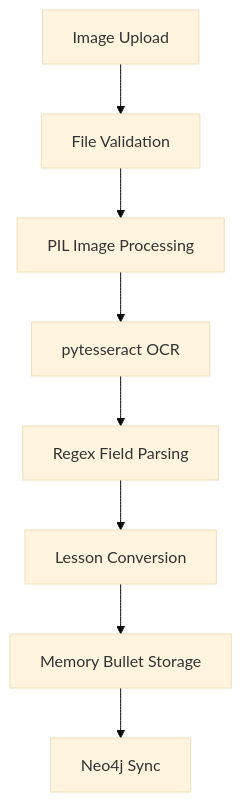
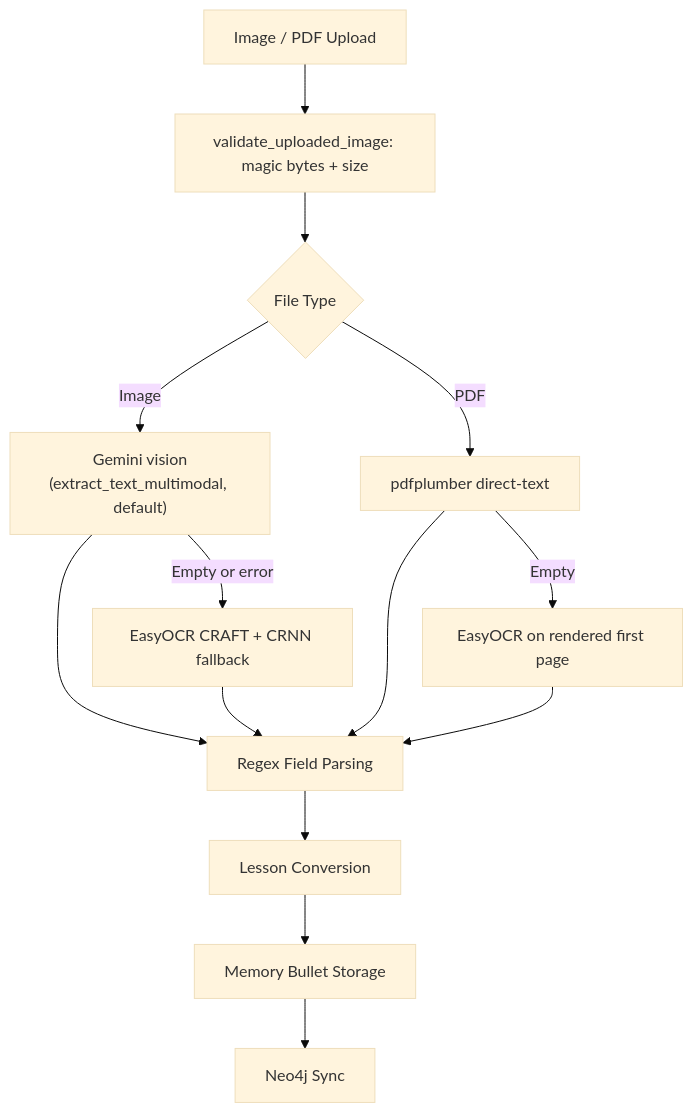
Before and after one commit to Edward-H26/MIRA: the third of 3 diagrams in README_AI.md, drawn with Mermaid (base theme). The commit also changed other lines of this file and 126 other files, not shown here.

````diff
--- a/README_AI.md
+++ b/README_AI.md
@@ -204,10 +251,16 @@
 ```mermaid
 graph TD
-    A[Image Upload] --> B[File Validation]
-    B --> C[PIL Image Processing]
-    C --> D[pytesseract OCR]
-    D --> E[Regex Field Parsing]
-    E --> F[Lesson Conversion]
-    F --> G[Memory Bullet Storage]
-    G --> H[Neo4j Sync]
+    A[Image / PDF Upload] --> B[validate_uploaded_image: magic bytes + size]
+    B --> C{File Type}
+    C -->|Image| D1["Gemini vision<br/>(extract_text_multimodal, default)"]
+    D1 -->|Empty or error| D2[EasyOCR CRAFT + CRNN fallback]
+    D1 --> F[Regex Field Parsing]
+    D2 --> F
+    C -->|PDF| E1[pdfplumber direct-text]
+    E1 -->|Empty| E2[EasyOCR on rendered first page]
+    E1 --> F
+    E2 --> F
+    F --> G[Lesson Conversion]
+    G --> H[Memory Bullet Storage]
+    H --> I[Neo4j Sync]
 ```
````
